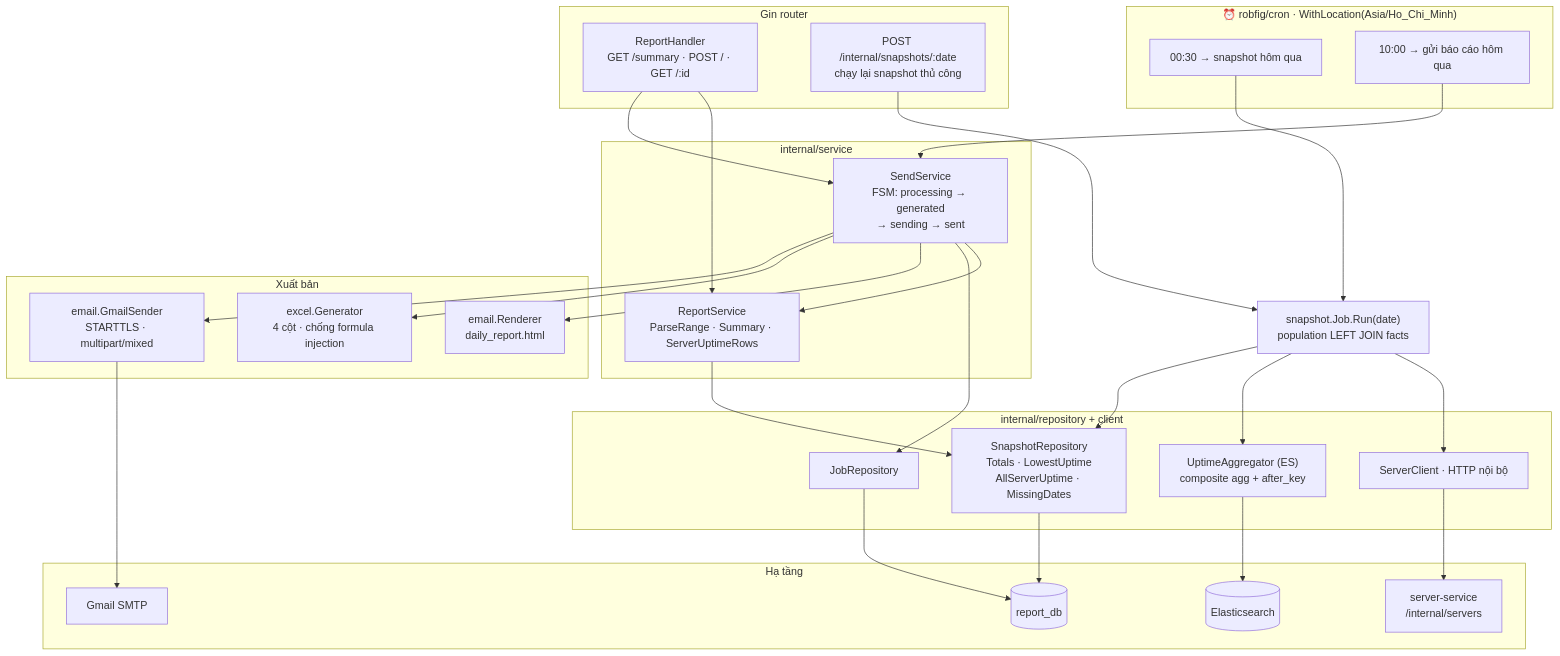
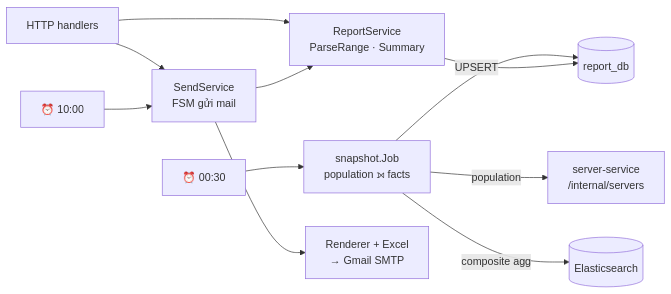
The fourth of 6 diagrams in .claude/diagrams/component-diagram.md (dwchwang/sms_microservice), drawn with Mermaid before and after one commit. The commit also changed other lines of this file and 4 other files, not shown here.

Commit message:
Refactor sequence diagrams and documentation for clarity and accuracy

````diff
--- a/.claude/diagrams/component-diagram.md
+++ b/.claude/diagrams/component-diagram.md
@@ -197,56 +140,15 @@
 ```mermaid
-graph TB
-    subgraph HTTP["Gin router"]
-        H1["ReportHandler<br/>GET /summary · POST / · GET /:id"]
-        H2["POST /internal/snapshots/:date<br/>chạy lại snapshot thủ công"]
-    end
+graph LR
+    H["HTTP handlers"] --> RS["ReportService<br/>ParseRange · Summary"]
+    H --> SEND["SendService<br/>FSM gửi mail"]
+    C1["⏰ 00:30"] --> JOB["snapshot.Job<br/>population ⟕ facts"]
+    C2["⏰ 10:00"] --> SEND
 
-    subgraph CRON["⏰ robfig/cron · WithLocation(Asia/Ho_Chi_Minh)"]
-        C1["00:30 → snapshot hôm qua"]
-        C2["10:00 → gửi báo cáo hôm qua"]
-    end
+    JOB -->|"population"| SS["server-service<br/>/internal/servers"]
+    JOB -->|"composite agg"| ES[("Elasticsearch")]
+    JOB -->|"UPSERT"| PG[("report_db")]
 
-    subgraph SVC["internal/service"]
-        S1["ReportService<br/>ParseRange · Summary · ServerUptimeRows"]
-        S2["SendService<br/>FSM: processing → generated<br/>→ sending → sent"]
-    end
-
-    JOBN["snapshot.Job.Run(date)<br/>population LEFT JOIN facts"]
-
-    subgraph OUT["Xuất bản"]
-        RN["email.Renderer<br/>daily_report.html"]
-        XG["excel.Generator<br/>4 cột · chống formula injection"]
-        SN["email.GmailSender<br/>STARTTLS · multipart/mixed"]
-    end
-
-    subgraph REPO["internal/repository + client"]
-        R1["SnapshotRepository<br/>Totals · LowestUptime<br/>AllServerUptime · MissingDates"]
-        R2["JobRepository"]
-        R3["UptimeAggregator (ES)<br/>composite agg + after_key"]
-        CL["ServerClient · HTTP nội bộ"]
-    end
-
-    subgraph INFRA["Hạ tầng"]
-        PG[("report_db")]
-        ES[("Elasticsearch")]
-        SS["server-service<br/>/internal/servers"]
-        SMTP["Gmail SMTP"]
-    end
-
-    H1 --> S1
-    H1 --> S2
-    H2 --> JOBN
-    C1 --> JOBN
-    C2 --> S2
-
-    JOBN --> CL --> SS
-    JOBN --> R3 --> ES
-    JOBN --> R1
-
-    S1 --> R1 --> PG
-    S2 --> S1
-    S2 --> R2 --> PG
-    S2 --> RN
-    S2 --> XG
-    S2 --> SN --> SMTP
+    RS --> PG
+    SEND --> RS
+    SEND --> OUT["Renderer + Excel<br/>→ Gmail SMTP"]
 ```
````
